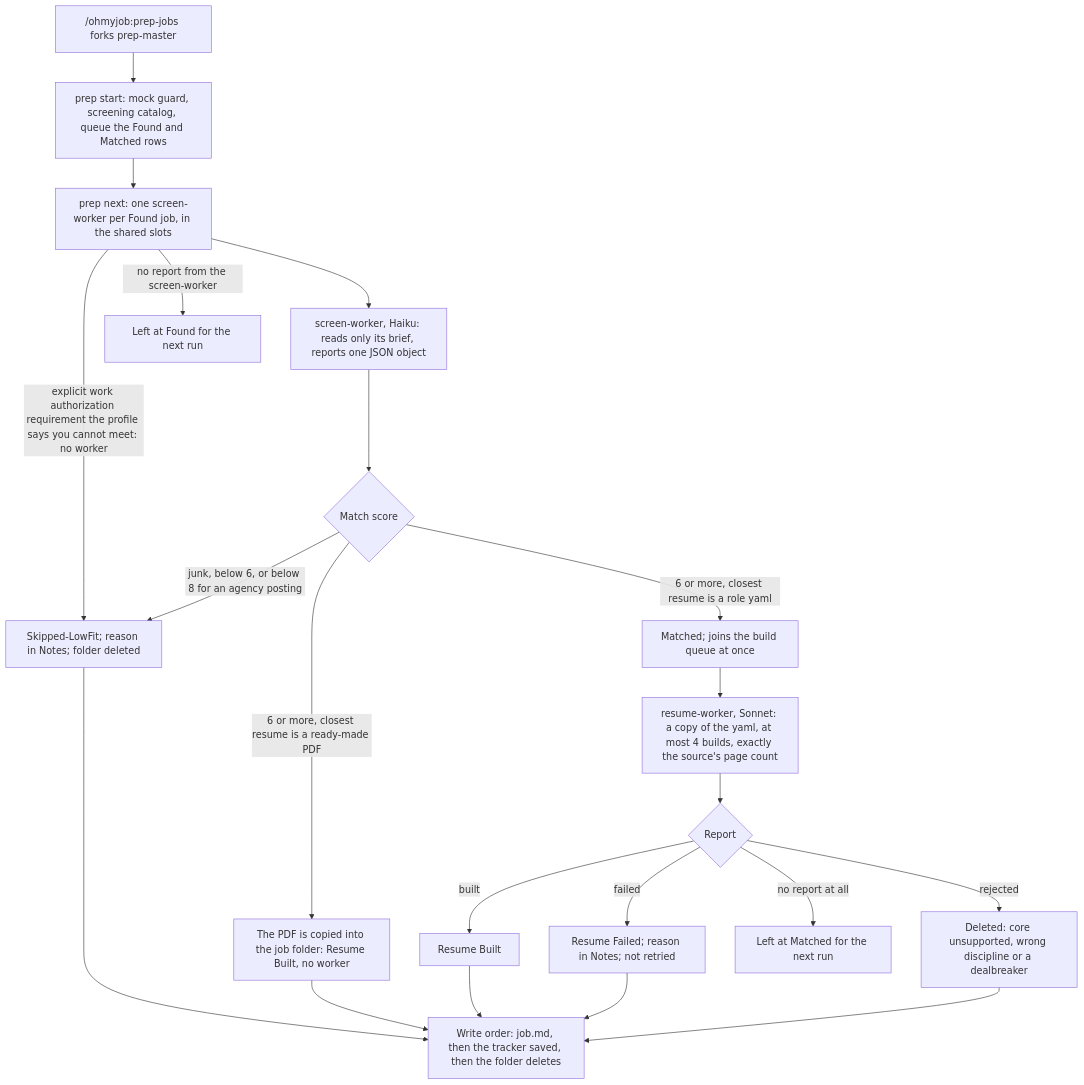
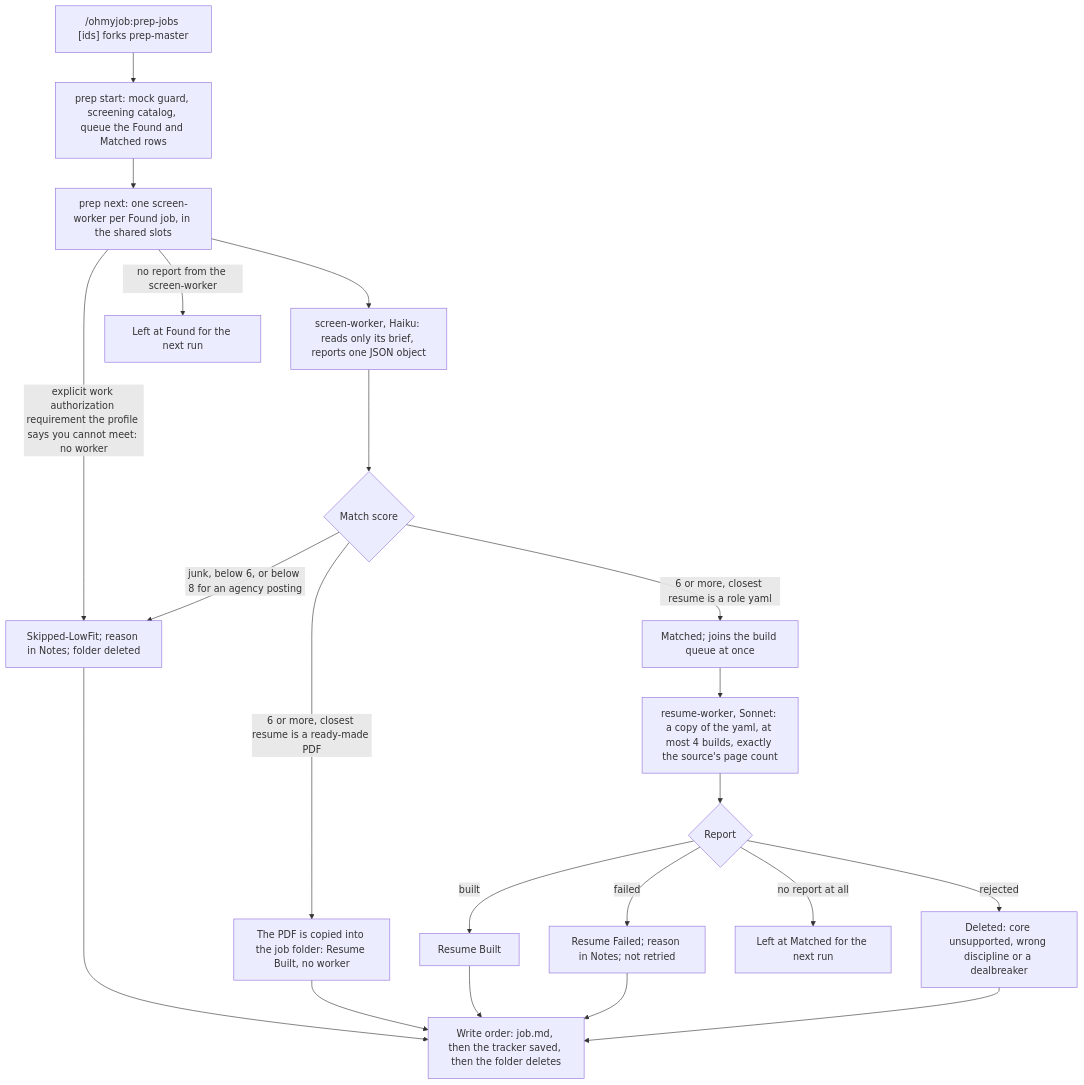
The fourth of 7 diagrams in docs/ARCHITECTURE.md (Maaz77/ohmyjob), drawn with Mermaid before and after one commit. The commit also changed other lines of this file and 9 other files, not shown here.

````diff
--- a/docs/ARCHITECTURE.md
+++ b/docs/ARCHITECTURE.md
@@ -224,23 +224,23 @@
 ```mermaid
 flowchart TD
-    A["/ohmyjob:prep-jobs forks prep-master"] --> B["prep start: mock guard, screening catalog, queue the Found and Matched rows"]
+    A["/ohmyjob:prep-jobs [ids] forks prep-master"] --> B["prep start: mock guard, screening catalog, queue the Found and Matched rows"]
     B --> C["prep next: one screen-worker per Found job, in the shared slots"]
     C --> D["screen-worker, Haiku: reads only its brief, reports one JSON object"]
     D --> E{"Match score"}
     C -- "no report from the screen-worker" --> X["Left at Found for the next run"]
     C -- "explicit work authorization requirement the profile says you cannot meet: no worker" --> F
     E -- "junk, below 6, or below 8 for an agency posting" --> F["Skipped-LowFit; reason in Notes; folder deleted"]
     E -- "6 or more, closest resume is a ready-made PDF" --> G["The PDF is copied into the job folder: Resume Built, no worker"]
     E -- "6 or more, closest resume is a role yaml" --> H["Matched; joins the build queue at once"]
     H --> I["resume-worker, Sonnet: a copy of the yaml, at most 4 builds, exactly the source's page count"]
     I --> J{"Report"}
     J -- built --> K["Resume Built"]
     J -- failed --> L["Resume Failed; reason in Notes; not retried"]
     J -- rejected --> M["Deleted: core unsupported, wrong discipline or a dealbreaker"]
     J -- "no report at all" --> N["Left at Matched for the next run"]
     F --> W["Write order: job.md, then the tracker saved, then the folder deletes"]
     G --> W
     K --> W
     L --> W
     M --> W
 ```
````
